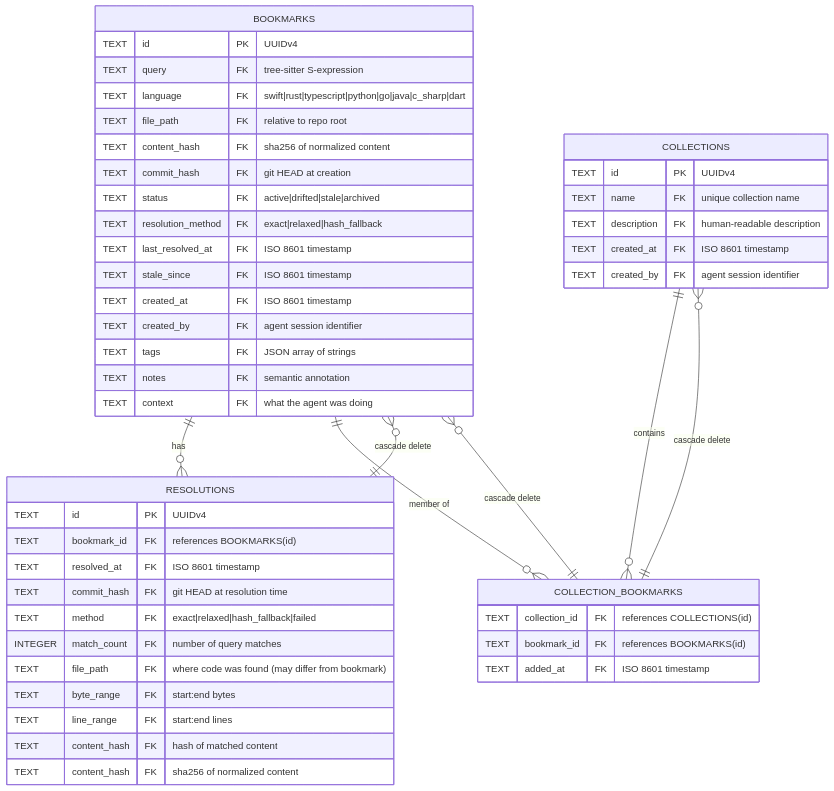
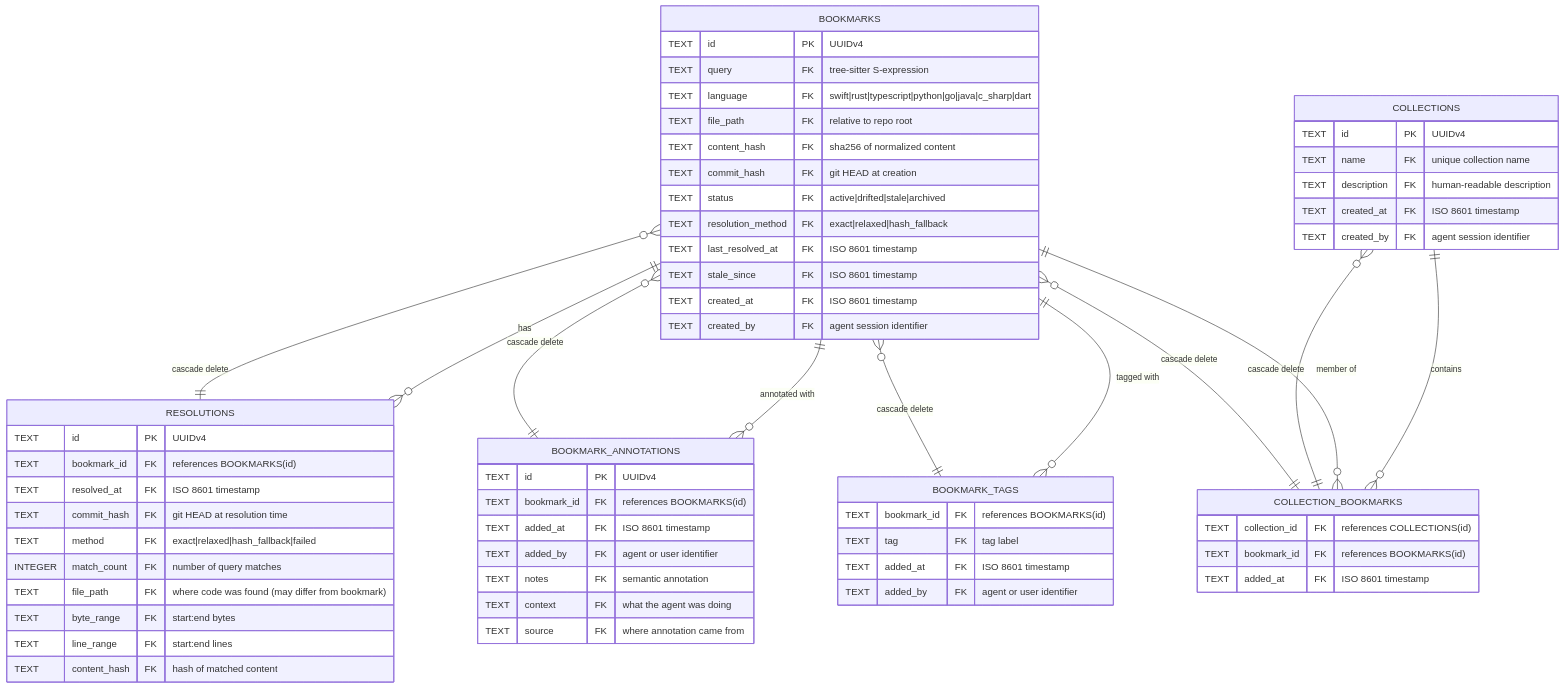
One commit to DanielCardonaRojas/codemark changed the diagram in docs/database-schema.md. Above: the diagram before and after it, drawn with Mermaid. The commit also changed other lines of this file and 13 other files, not shown here.

````diff
--- a/docs/database-schema.md
+++ b/docs/database-schema.md
@@ -7,56 +7,73 @@
 ```mermaid
 erDiagram
     BOOKMARKS ||--o{ RESOLUTIONS : "has"
+    BOOKMARKS ||--o{ BOOKMARK_ANNOTATIONS : "annotated with"
+    BOOKMARKS ||--o{ BOOKMARK_TAGS : "tagged with"
     COLLECTIONS ||--o{ COLLECTION_BOOKMARKS : "contains"
     BOOKMARKS ||--o{ COLLECTION_BOOKMARKS : "member of"
 
     BOOKMARKS {
         TEXT id PK "UUIDv4"
         TEXT query FK "tree-sitter S-expression"
         TEXT language FK "swift|rust|typescript|python|go|java|c_sharp|dart"
         TEXT file_path FK "relative to repo root"
         TEXT content_hash FK "sha256 of normalized content"
         TEXT commit_hash FK "git HEAD at creation"
         TEXT status FK "active|drifted|stale|archived"
         TEXT resolution_method FK "exact|relaxed|hash_fallback"
         TEXT last_resolved_at FK "ISO 8601 timestamp"
         TEXT stale_since FK "ISO 8601 timestamp"
         TEXT created_at FK "ISO 8601 timestamp"
         TEXT created_by FK "agent session identifier"
-        TEXT tags FK "JSON array of strings"
+    }
+
+    BOOKMARK_ANNOTATIONS {
+        TEXT id PK "UUIDv4"
+        TEXT bookmark_id FK "references BOOKMARKS(id)"
+        TEXT added_at FK "ISO 8601 timestamp"
+        TEXT added_by FK "agent or user identifier"
         TEXT notes FK "semantic annotation"
         TEXT context FK "what the agent was doing"
+        TEXT source FK "where annotation came from"
+    }
+
+    BOOKMARK_TAGS {
+        TEXT bookmark_id FK "references BOOKMARKS(id)"
+        TEXT tag FK "tag label"
+        TEXT added_at FK "ISO 8601 timestamp"
+        TEXT added_by FK "agent or user identifier"
     }
 
     RESOLUTIONS {
         TEXT id PK "UUIDv4"
         TEXT bookmark_id FK "references BOOKMARKS(id)"
         TEXT resolved_at FK "ISO 8601 timestamp"
         TEXT commit_hash FK "git HEAD at resolution time"
         TEXT method FK "exact|relaxed|hash_fallback|failed"
         INTEGER match_count FK "number of query matches"
         TEXT file_path FK "where code was found (may differ from bookmark)"
         TEXT byte_range FK "start:end bytes"
         TEXT line_range FK "start:end lines"
         TEXT content_hash FK "hash of matched content"
-        TEXT content_hash FK "sha256 of normalized content"
     }
 
     COLLECTIONS {
         TEXT id PK "UUIDv4"
         TEXT name FK "unique collection name"
         TEXT description FK "human-readable description"
         TEXT created_at FK "ISO 8601 timestamp"
         TEXT created_by FK "agent session identifier"
     }
 
     COLLECTION_BOOKMARKS {
         TEXT collection_id FK "references COLLECTIONS(id)"
         TEXT bookmark_id FK "references BOOKMARKS(id)"
         TEXT added_at FK "ISO 8601 timestamp"
     }
 
     BOOKMARKS }o--|| RESOLUTIONS : "cascade delete"
+    BOOKMARKS }o--|| BOOKMARK_ANNOTATIONS : "cascade delete"
+    BOOKMARKS }o--|| BOOKMARK_TAGS : "cascade delete"
     COLLECTIONS }o--|| COLLECTION_BOOKMARKS : "cascade delete"
     BOOKMARKS }o--|| COLLECTION_BOOKMARKS : "cascade delete"
 ```
````
